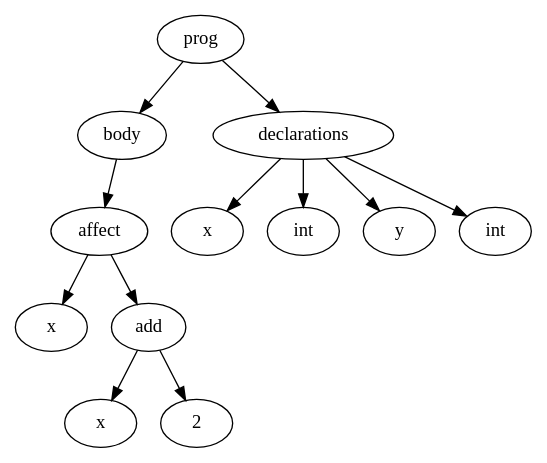
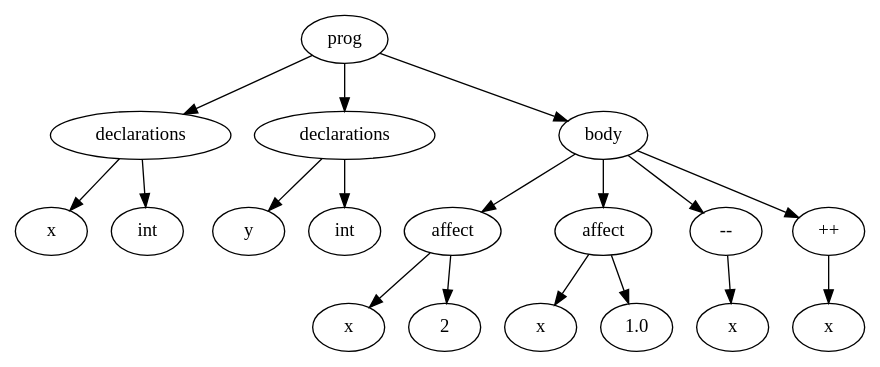
One commit to Adre4m/Compilation changed the diagram in test.dot. Above: the diagram before and after it, drawn with Graphviz. The commit also changed 17 other files, not shown here.

```diff
--- a/test.dot
+++ b/test.dot
@@ -1,25 +1,37 @@
 digraph graphname {
-12 [label="prog"];
-6 [label="body"];
-5 [label="affect"];
-4 [label="x"];
+17 [label="prog"];
+2 [label="declarations"];
+0 [label="x"];
+2 -> 0;
+1 [label="int"];
+2 -> 1;
+17 -> 2;
+5 [label="declarations"];
+3 [label="y"];
+5 -> 3;
+4 [label="int"];
 5 -> 4;
-3 [label="add"];
-0 [label="x"];
-3 -> 0;
-1 [label="2"];
-3 -> 1;
-5 -> 3;
-6 -> 5;
-12 -> 6;
-11 [label="declarations"];
-9 [label="x"];
+17 -> 5;
+16 [label="body"];
+8 [label="affect"];
+7 [label="x"];
+8 -> 7;
+6 [label="2"];
+8 -> 6;
+16 -> 8;
+11 [label="affect"];
+10 [label="x"];
+11 -> 10;
+9 [label="1.0"];
 11 -> 9;
-7 [label="int"];
-11 -> 7;
-10 [label="y"];
-11 -> 10;
-8 [label="int"];
-11 -> 8;
-12 -> 11;
+16 -> 11;
+13 [label="--"];
+12 [label="x"];
+13 -> 12;
+16 -> 13;
+15 [label="++"];
+14 [label="x"];
+15 -> 14;
+16 -> 15;
+17 -> 16;
 }
```
